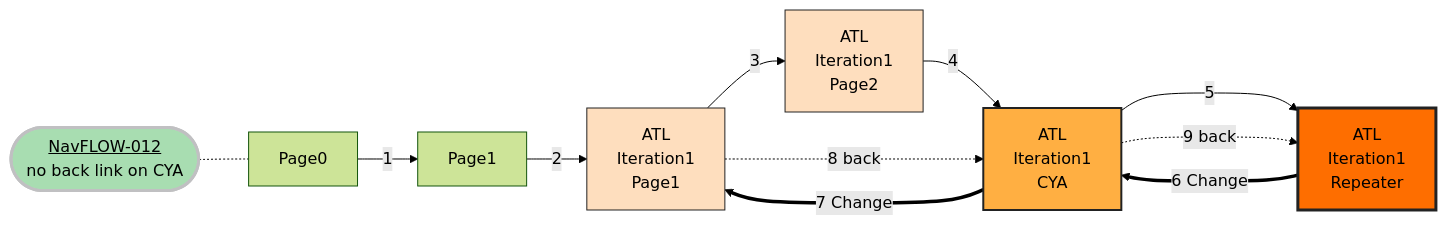
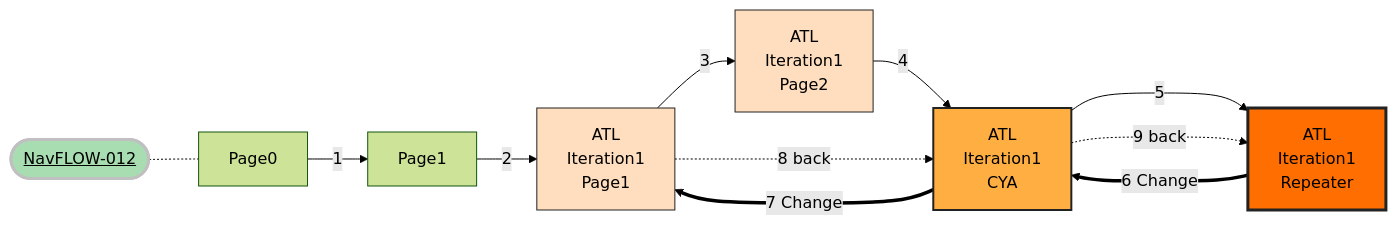
Before and after one commit to hmrc/gform-frontend: diagram 12 of 20 in Navigation.md, drawn with Mermaid. The commit also changed other lines of this file, not shown here.

````diff
--- a/Navigation.md
+++ b/Navigation.md
@@ -343,29 +343,29 @@
 ```mermaid
 %%{init: {'theme': 'forest', "flowchart" : { "curve" : "basis" } } }%%
 graph LR;
-    title([<u>NavFLOW-012</u><br> no back link on CYA])
+    title([<u>NavFLOW-012</u>])
     title -.- Page0
     Page0 --> |1| Page1
     Page1 --> |2| ATLPage1["ATL<br>Iteration1<br>Page1"]
     ATLPage1 --> |3| ATLPage2["ATL<br>Iteration1<br>Page2"]
     ATLPage2 --> |4| ATLCYA1["ATL<br>Iteration1<br>CYA"]
     ATLCYA1 --> |5| ATLRepeater["ATL<br>Iteration1<br>Repeater"]
 
     ATLRepeater ===> |6 Change|ATLCYA1
     ATLCYA1 ===> |7 Change| ATLPage1
     ATLPage1 -.8 back.-> ATLCYA1
     ATLCYA1 -.9 back.-> ATLRepeater
 
     classDef orange fill:#fedebe,stroke:#222,stroke-width:1px
     classDef orangeCYA fill:#ffaf42,stroke:#222,stroke-width:2px
     classDef orangeRepeater fill:#fe6e00,stroke:#222,stroke-width:3px
     class ATLRepeater orangeRepeater
     class ATLCYA1 orangeCYA
     class ATLPage2 orange
     class ATLPage1 orange
     classDef greenTitle fill:#a8ddb1 ,stroke:#c0c0c2,stroke-width:3px
     class title greenTitle
     classDef redTitle fill:#c21807 ,stroke:#c0c0c2,stroke-width:3px
     class title greenTitle
 
 ```
````
